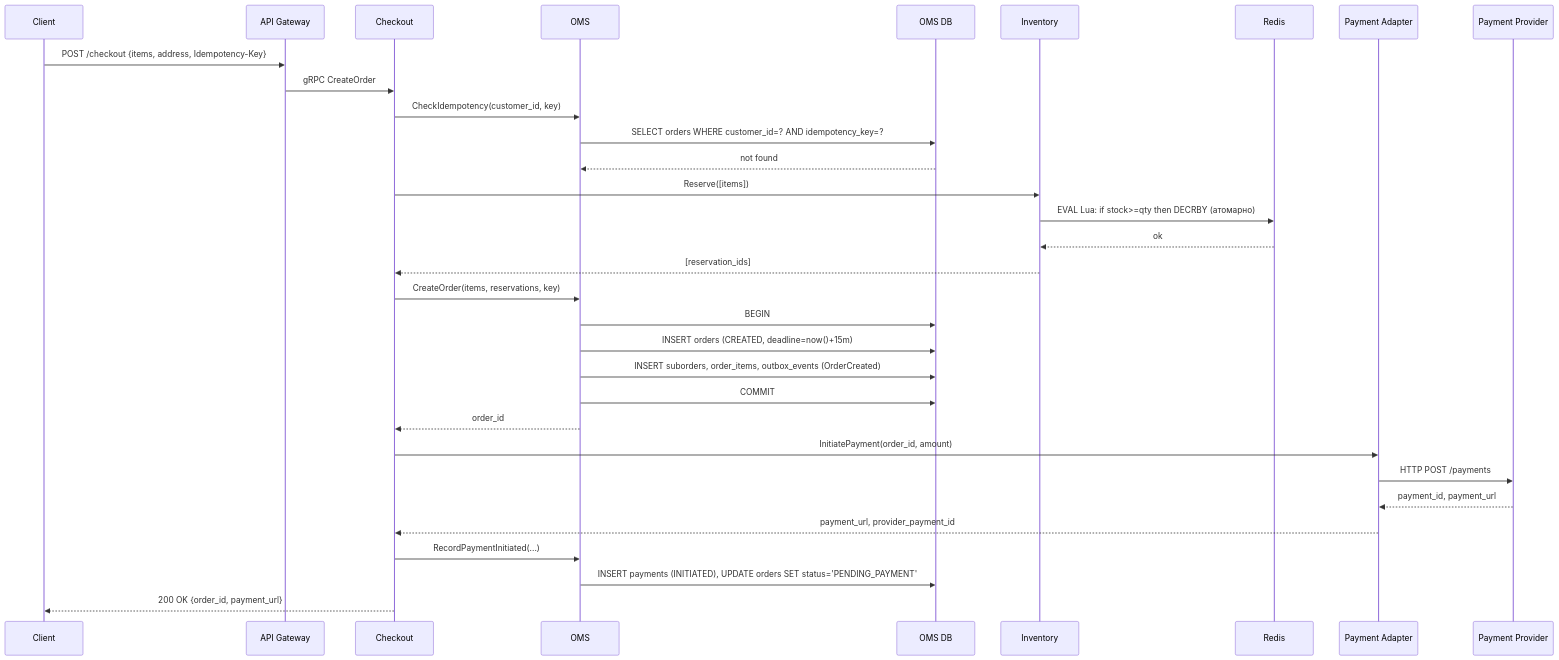
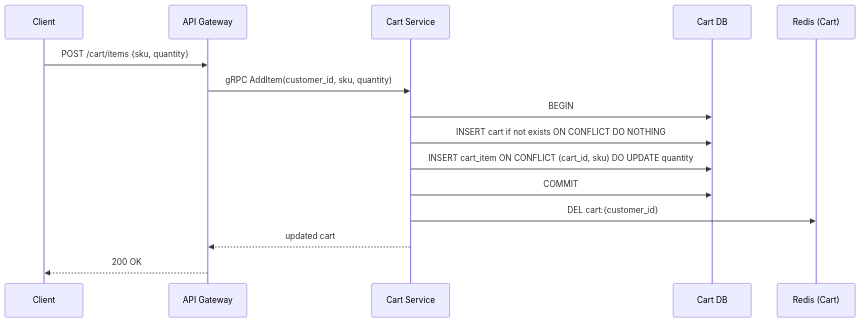
One commit to Unbiscuit/dev_sol changed the seventh of 10 diagrams in marketplace-order-solution.md. Above: the diagram before and after it, drawn with Mermaid. The commit also changed other lines of this file, not shown here.

````diff
--- a/marketplace-order-solution.md
+++ b/marketplace-order-solution.md
@@ -486,41 +528,21 @@
 ```mermaid
 sequenceDiagram
     participant Client
     participant Gateway as API Gateway
-    participant Checkout
-    participant OMS
-    participant OMSDB as OMS DB
-    participant Inventory
-    participant InvRedis as Redis
-    participant PayAdapter as Payment Adapter
-    participant Provider as Payment Provider
+    participant Cart as Cart Service
+    participant CartDB as Cart DB
+    participant CartRedis as Redis (Cart)
 
-    Client->>Gateway: POST /checkout {items, address, Idempotency-Key}
-    Gateway->>Checkout: gRPC CreateOrder
+    Client->>Gateway: POST /cart/items {sku, quantity}
+    Gateway->>Cart: gRPC AddItem(customer_id, sku, quantity)
 
-    Checkout->>OMS: CheckIdempotency(customer_id, key)
-    OMS->>OMSDB: SELECT orders WHERE customer_id=? AND idempotency_key=?
-    OMSDB-->>OMS: not found
+    Cart->>CartDB: BEGIN
+    Cart->>CartDB: INSERT cart if not exists ON CONFLICT DO NOTHING
+    Cart->>CartDB: INSERT cart_item ON CONFLICT (cart_id, sku) DO UPDATE quantity
+    Cart->>CartDB: COMMIT
 
-    Checkout->>Inventory: Reserve([items])
-    Inventory->>InvRedis: EVAL Lua: if stock>=qty then DECRBY (атомарно)
-    InvRedis-->>Inventory: ok
-    Inventory-->>Checkout: [reservation_ids]
+    Cart->>CartRedis: DEL cart:{customer_id}
 
-    Checkout->>OMS: CreateOrder(items, reservations, key)
-    OMS->>OMSDB: BEGIN
-    OMS->>OMSDB: INSERT orders (CREATED, deadline=now()+15m)
-    OMS->>OMSDB: INSERT suborders, order_items, outbox_events (OrderCreated)
-    OMS->>OMSDB: COMMIT
-    OMS-->>Checkout: order_id
-
-    Checkout->>PayAdapter: InitiatePayment(order_id, amount)
-    PayAdapter->>Provider: HTTP POST /payments
-    Provider-->>PayAdapter: payment_id, payment_url
-    PayAdapter-->>Checkout: payment_url, provider_payment_id
-
-    Checkout->>OMS: RecordPaymentInitiated(...)
-    OMS->>OMSDB: INSERT payments (INITIATED), UPDATE orders SET status='PENDING_PAYMENT'
-
-    Checkout-->>Client: 200 OK {order_id, payment_url}
+    Cart-->>Gateway: updated cart
+    Gateway-->>Client: 200 OK
 ```
````
